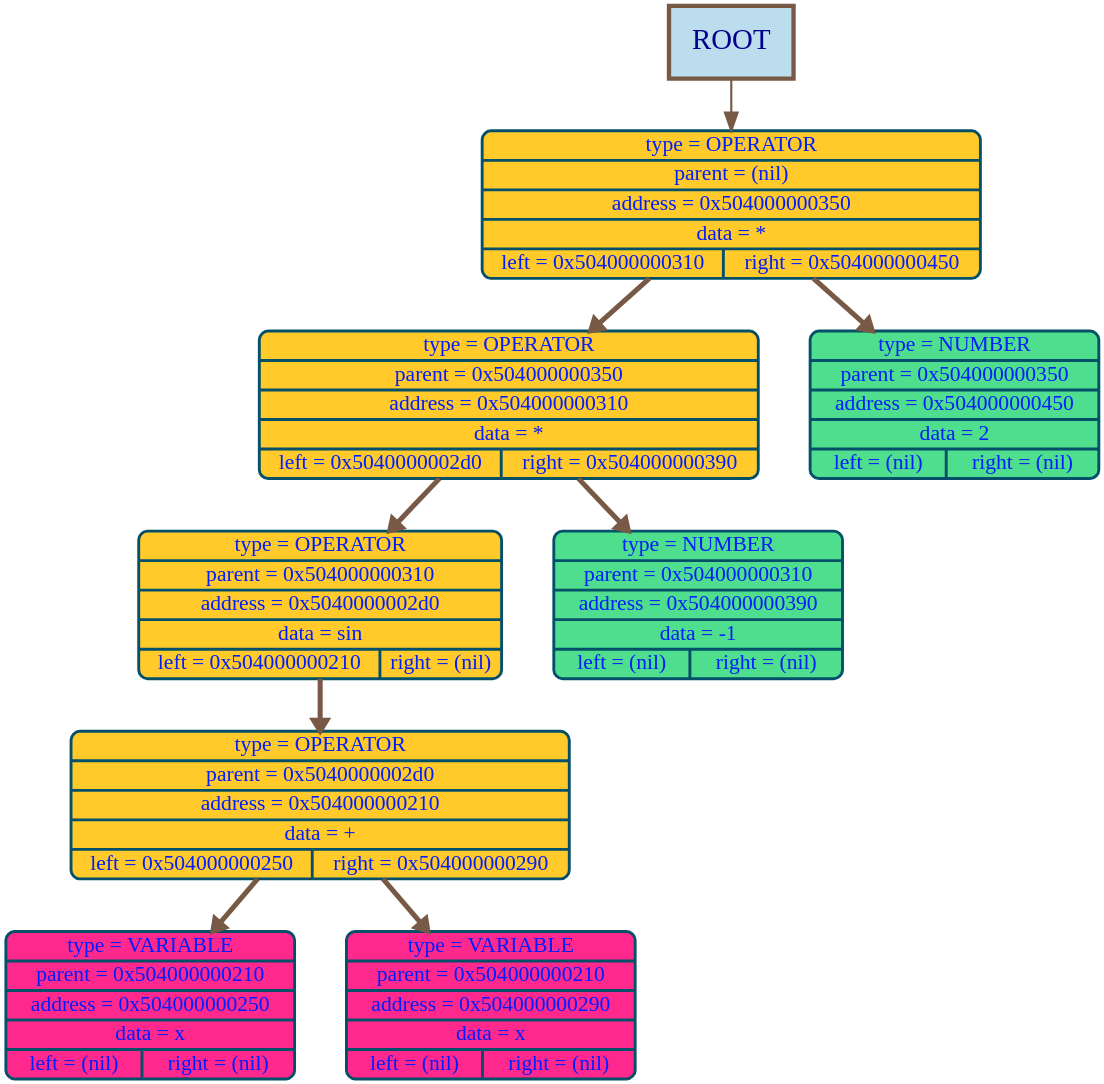
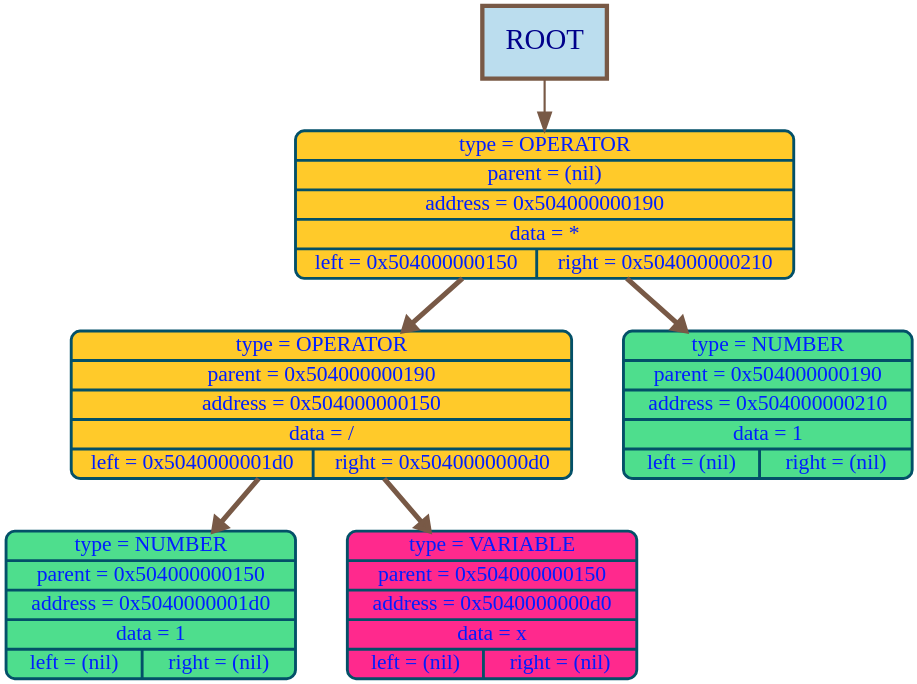
The diagram in graphDumps/graphDump.dot (timoko3/diffirenciator), drawn with Graphviz before and after one commit. The commit also changed 15 other files, not shown here.

```diff
--- a/graphDumps/graphDump.dot
+++ b/graphDumps/graphDump.dot
@@ -1,24 +1,18 @@
 digraph G {
 bgcolor="transparent"
 nodesep = 1;
 ranksep = 1
 	node [shape=Mrecord, style="filled", fillcolor="#70c07cff", fontcolor="#001effff", color="#035068ff", penwidth=4, fontname="Menlo", fontsize=30];
 
-	node848 [label="{type = OPERATOR | parent = (nil) | address = 0x504000000350 | data = * | {left = 0x504000000310 | right = 0x504000000450}} ", fillcolor="#ffca2aff"];
-	node784 [label="{type = OPERATOR | parent = 0x504000000350 | address = 0x504000000310 | data = * | {left = 0x5040000002d0 | right = 0x504000000390}} ", fillcolor="#ffca2aff"];
-	node720 [label="{type = OPERATOR | parent = 0x504000000310 | address = 0x5040000002d0 | data = sin | {left = 0x504000000210 | right = (nil)}} ", fillcolor="#ffca2aff"];
-	node528 [label="{type = OPERATOR | parent = 0x5040000002d0 | address = 0x504000000210 | data = + | {left = 0x504000000250 | right = 0x504000000290}} ", fillcolor="#ffca2aff"];
-	node592 [label="{type = VARIABLE | parent = 0x504000000210 | address = 0x504000000250 | data = x | {left = (nil) | right = (nil)}} ", fillcolor="#ff298dff"];
-	node656 [label="{type = VARIABLE | parent = 0x504000000210 | address = 0x504000000290 | data = x | {left = (nil) | right = (nil)}} ", fillcolor="#ff298dff"];
-	node912 [label="{type = NUMBER | parent = 0x504000000310 | address = 0x504000000390 | data = -1 | {left = (nil) | right = (nil)}} ", fillcolor="#4ede8dff"];
-	node1104 [label="{type = NUMBER | parent = 0x504000000350 | address = 0x504000000450 | data = 2 | {left = (nil) | right = (nil)}} ", fillcolor="#4ede8dff"];
-node848 ->node784 [color="#785946ff", arrowsize=1.5, penwidth=7, weight=1000];
-node784 ->node720 [color="#785946ff", arrowsize=1.5, penwidth=7, weight=1000];
-node720 ->node528 [color="#785946ff", arrowsize=1.5, penwidth=7, weight=1000];
-node528 ->node592 [color="#785946ff", arrowsize=1.5, penwidth=7, weight=1000];
-node528->node656 [color="#785946ff", arrowsize=1.5, penwidth=7, weight=1000];
-node784->node912 [color="#785946ff", arrowsize=1.5, penwidth=7, weight=1000];
-node848->node1104 [color="#785946ff", arrowsize=1.5, penwidth=7, weight=1000];
+	node400 [label="{type = OPERATOR | parent = (nil) | address = 0x504000000190 | data = * | {left = 0x504000000150 | right = 0x504000000210}} ", fillcolor="#ffca2aff"];
+	node336 [label="{type = OPERATOR | parent = 0x504000000190 | address = 0x504000000150 | data = / | {left = 0x5040000001d0 | right = 0x5040000000d0}} ", fillcolor="#ffca2aff"];
+	node464 [label="{type = NUMBER | parent = 0x504000000150 | address = 0x5040000001d0 | data = 1 | {left = (nil) | right = (nil)}} ", fillcolor="#4ede8dff"];
+	node208 [label="{type = VARIABLE | parent = 0x504000000150 | address = 0x5040000000d0 | data = x | {left = (nil) | right = (nil)}} ", fillcolor="#ff298dff"];
+	node528 [label="{type = NUMBER | parent = 0x504000000190 | address = 0x504000000210 | data = 1 | {left = (nil) | right = (nil)}} ", fillcolor="#4ede8dff"];
+node400 ->node336 [color="#785946ff", arrowsize=1.5, penwidth=7, weight=1000];
+node336 ->node464 [color="#785946ff", arrowsize=1.5, penwidth=7, weight=1000];
+node336->node208 [color="#785946ff", arrowsize=1.5, penwidth=7, weight=1000];
+node400->node528 [color="#785946ff", arrowsize=1.5, penwidth=7, weight=1000];
 root_label [shape=box, width = 2.4, height = 1.4, label="ROOT", style="filled", fillcolor="#BBDDEE", color="#785946ff", penwidth = 6,  fontcolor="darkblue", fontsize = 40];
-root_label -> node848 [color="#785946ff"  , arrowsize=2.5, penwidth=3];
+root_label -> node400 [color="#785946ff"  , arrowsize=2.5, penwidth=3];
 }
```
